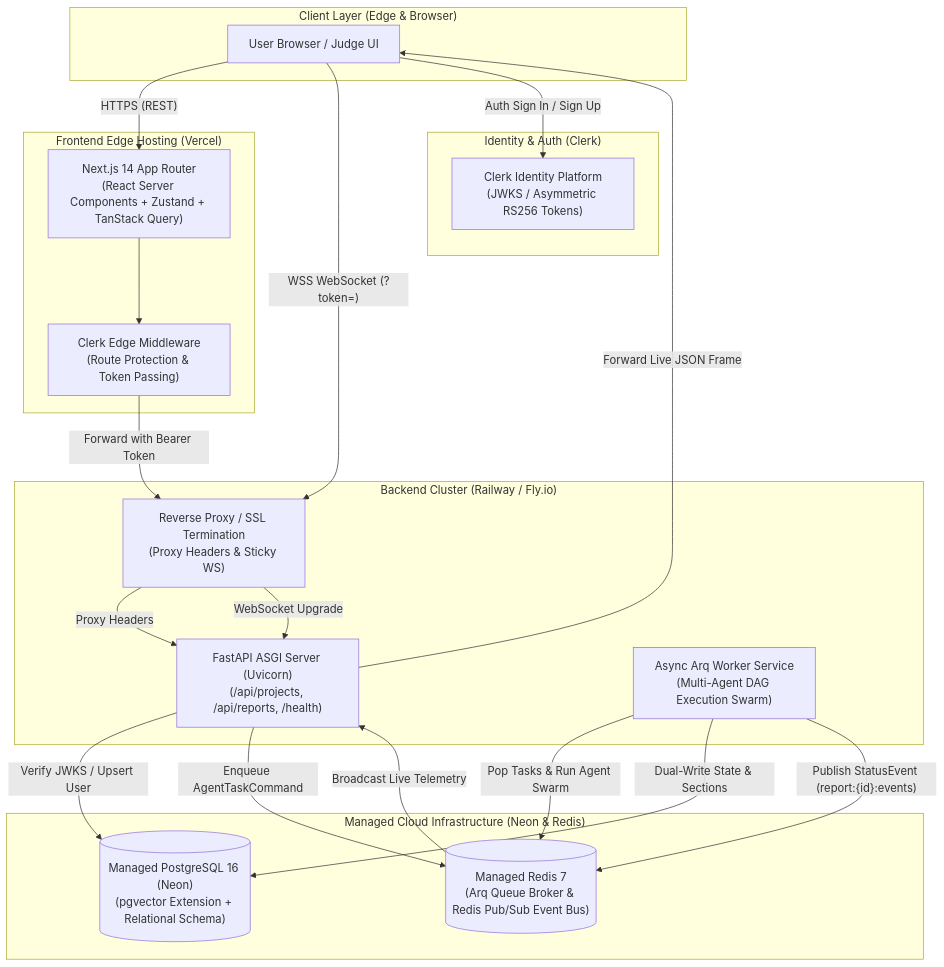
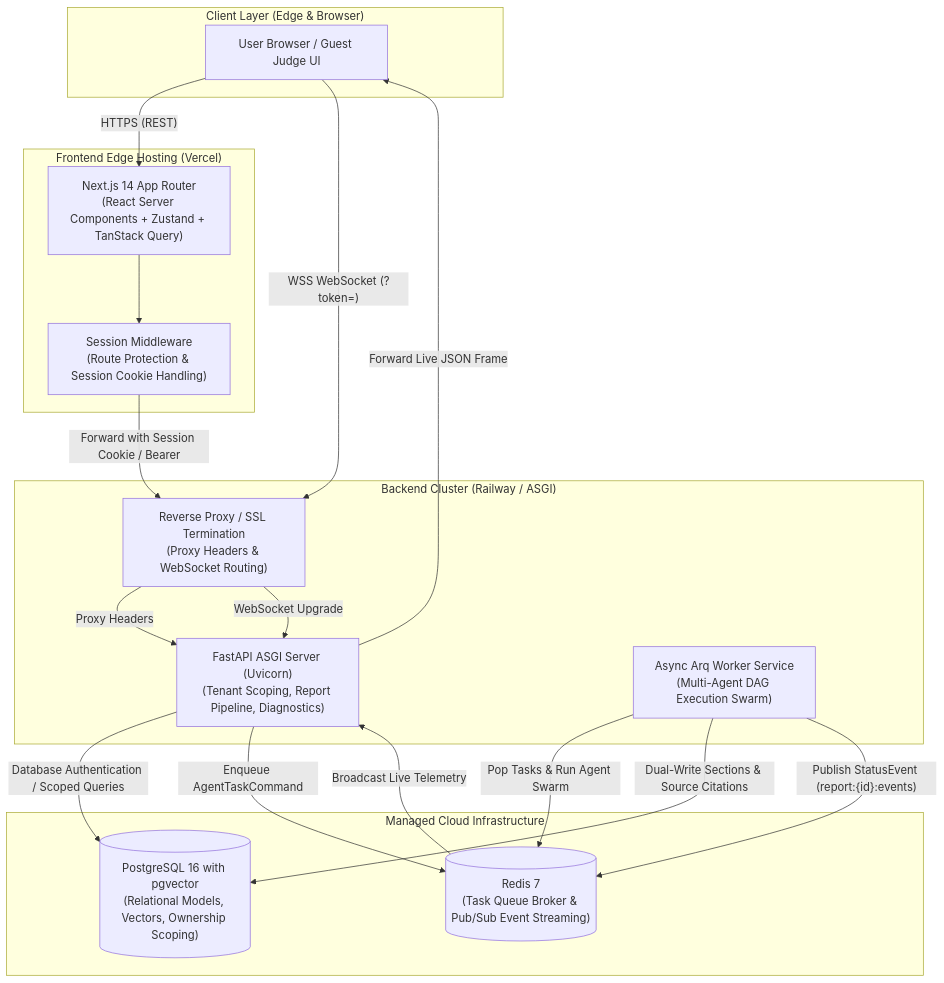
Before and after one commit to SAIVENKATESH108/Quorum: the diagram in README.md, drawn with Mermaid. The commit also changed other lines of this file and 79 other files, not shown here.

Commit message:
feat(security): implement failure-closed proxy, guest judge isolation, and strict tenant authorization

````diff
--- a/README.md
+++ b/README.md
@@ -39,41 +30,36 @@
 ```mermaid
 flowchart TD
     subgraph Client Layer ["Client Layer (Edge & Browser)"]
-        Browser["User Browser / Judge UI"]
+        Browser["User Browser / Guest Judge UI"]
     end
 
     subgraph Edge Layer ["Frontend Edge Hosting (Vercel)"]
         NextWeb["Next.js 14 App Router<br/>(React Server Components + Zustand + TanStack Query)"]
-        ClerkEdge["Clerk Edge Middleware<br/>(Route Protection & Token Passing)"]
+        EdgeAuth["Session Middleware<br/>(Route Protection & Session Cookie Handling)"]
     end
 
-    subgraph Auth Provider ["Identity & Auth (Clerk)"]
-        ClerkAuth["Clerk Identity Platform<br/>(JWKS / Asymmetric RS256 Tokens)"]
-    end
-
-    subgraph Backend Layer ["Backend Cluster (Railway / Fly.io)"]
-        ReverseProxy["Reverse Proxy / SSL Termination<br/>(Proxy Headers & Sticky WS)"]
-        FastAPI["FastAPI ASGI Server (Uvicorn)<br/>(/api/projects, /api/reports, /health)"]
+    subgraph Backend Layer ["Backend Cluster (Railway / ASGI)"]
+        ReverseProxy["Reverse Proxy / SSL Termination<br/>(Proxy Headers & WebSocket Routing)"]
+        FastAPI["FastAPI ASGI Server (Uvicorn)<br/>(Tenant Scoping, Report Pipeline, Diagnostics)"]
         Worker["Async Arq Worker Service<br/>(Multi-Agent DAG Execution Swarm)"]
     end
 
-    subgraph State & Bus Layer ["Managed Cloud Infrastructure (Neon & Redis)"]
-        Postgres[("Managed PostgreSQL 16 (Neon)<br/>(pgvector Extension + Relational Schema)")]
-        RedisPubSub[("Managed Redis 7<br/>(Arq Queue Broker & Redis Pub/Sub Event Bus)")]
+    subgraph State & Bus Layer ["Managed Cloud Infrastructure"]
+        Postgres[("PostgreSQL 16 with pgvector<br/>(Relational Models, Vectors, Ownership Scoping)")]
+        RedisPubSub[("Redis 7<br/>(Task Queue Broker & Pub/Sub Event Streaming)")]
     end
 
     Browser -->|"HTTPS (REST)"| NextWeb
     Browser -->|"WSS WebSocket (?token=)"| ReverseProxy
-    Browser -->|"Auth Sign In / Sign Up"| ClerkAuth
-    NextWeb --> ClerkEdge
-    ClerkEdge -->|"Forward with Bearer Token"| ReverseProxy
+    NextWeb --> EdgeAuth
+    EdgeAuth -->|"Forward with Session Cookie / Bearer"| ReverseProxy
     ReverseProxy -->|"Proxy Headers"| FastAPI
     ReverseProxy -->|"WebSocket Upgrade"| FastAPI
-    FastAPI -->|"Verify JWKS / Upsert User"| Postgres
+    FastAPI -->|"Database Authentication / Scoped Queries"| Postgres
     FastAPI -->|"Enqueue AgentTaskCommand"| RedisPubSub
     Worker -->|"Pop Tasks & Run Agent Swarm"| RedisPubSub
-    Worker -->|"Dual-Write State & Sections"| Postgres
+    Worker -->|"Dual-Write Sections & Source Citations"| Postgres
     Worker -->|"Publish StatusEvent (report:{id}:events)"| RedisPubSub
     RedisPubSub -->|"Broadcast Live Telemetry"| FastAPI
     FastAPI -->|"Forward Live JSON Frame"| Browser
 ```
````
